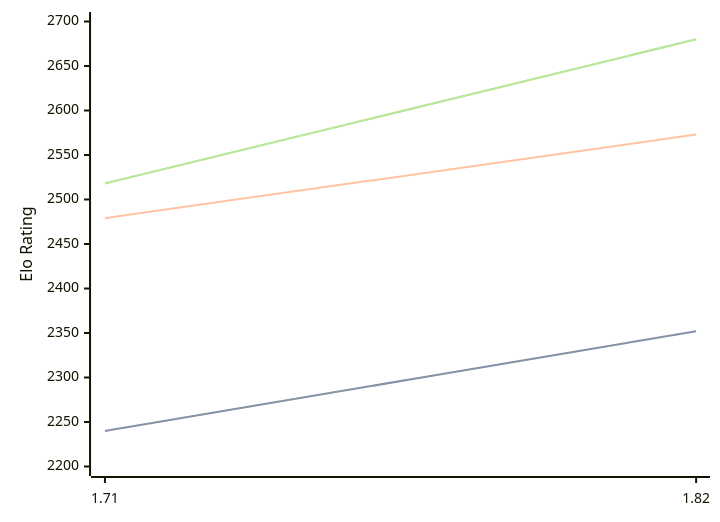
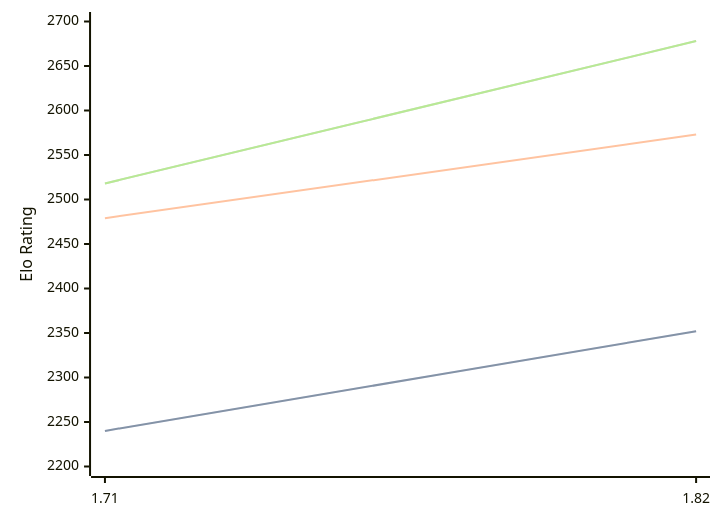
The diagram in engines/Amira.md (computer-chess-index/cci), drawn with Mermaid before and after one commit. The commit also changed other lines of this file, not shown here.

Commit message:
Update CCI Ratings (ELO VLTC) - 2026-02-14

````diff
--- a/engines/Amira.md
+++ b/engines/Amira.md
@@ -32,11 +32,11 @@
 ```mermaid
 %%{init: {"theme":"base","themeVariables":{"seriesColors:['#a3a3a3','#222221','#faa371']}}}%%
 xychart-beta
   x-axis ["1.71", "1.82"]
   y-axis "Elo Rating" 2200 --> 2700
   line "STC (8.0+0.08s)" [2240, 2352]
   line "STC (8.0+0.08s)" [2240, 2352]
   line "LTC (60.0+0.60s)" [2479, 2573]
-  line "VLTC (2m24s+1.12s)" [2518, 2680]
-  line "VLTC (2m24s+1.12s)" [2518, 2680]
+  line "VLTC (2m24s+1.12s)" [2518, 2678]
+  line "VLTC (2m24s+1.12s)" [2518, 2678]
 ```
````
